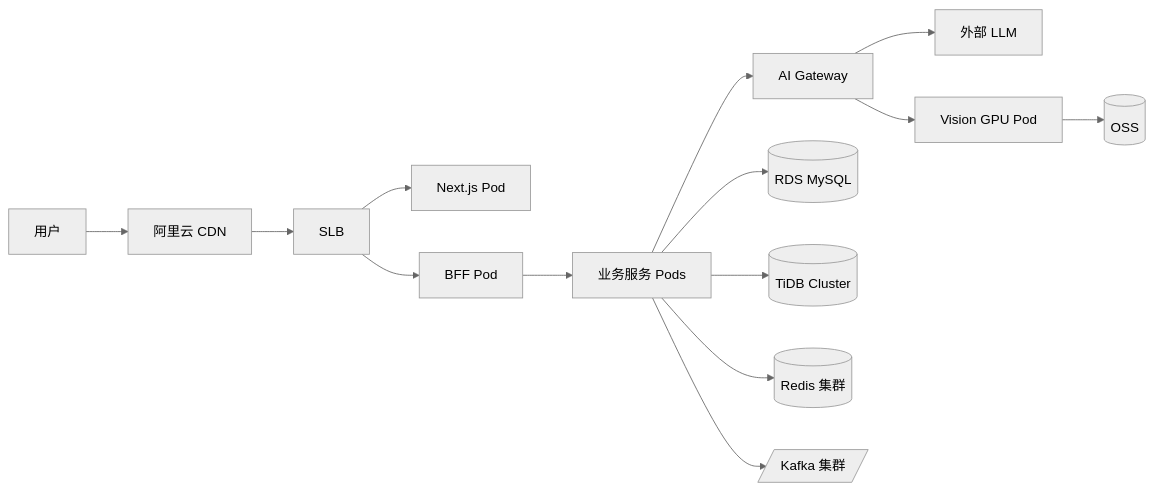
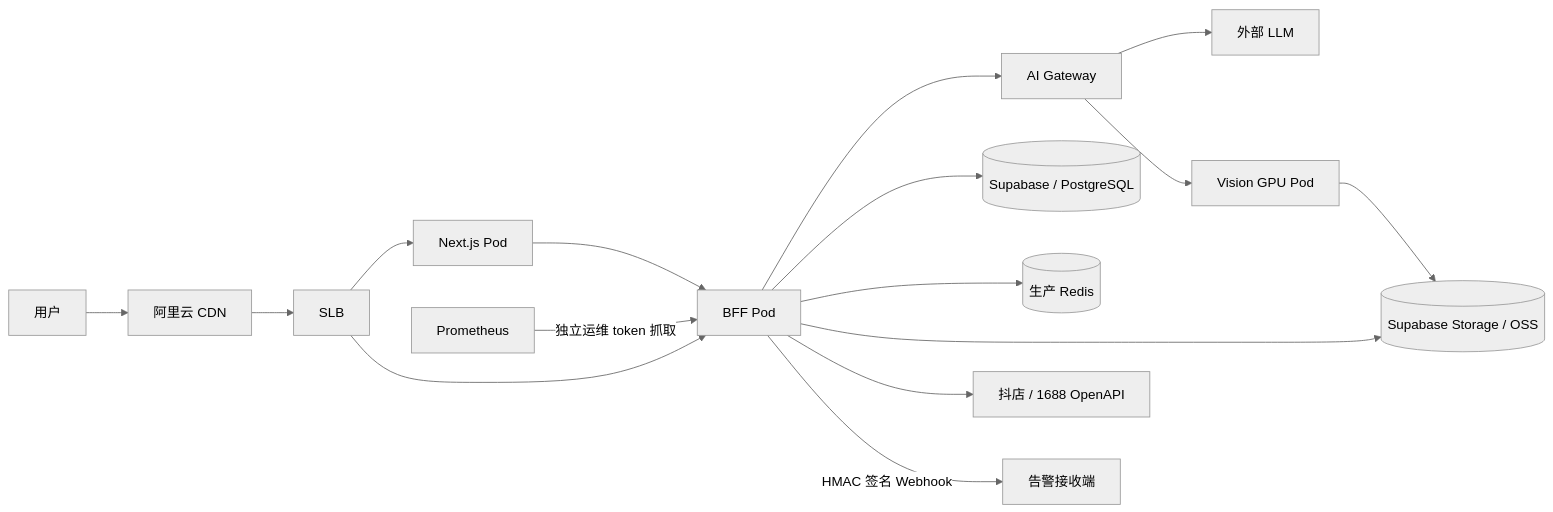
Before and after one commit to harzss/supplier: the second of 2 diagrams in docs/03-architecture.md, drawn with Mermaid (neutral theme). The commit also changed other lines of this file and 344 other files, not shown here.

````diff
--- a/docs/03-architecture.md
+++ b/docs/03-architecture.md
@@ -140,16 +141,18 @@
 ```mermaid
 flowchart LR
     User[用户] --> CDN[阿里云 CDN]
     CDN --> SLB[SLB]
     SLB --> WebPod[Next.js Pod]
     SLB --> BFFPod[BFF Pod]
-    BFFPod --> SvcPod[业务服务 Pods]
-    SvcPod --> AIGateway[AI Gateway]
+    WebPod --> BFFPod
+    BFFPod --> AIGateway[AI Gateway]
     AIGateway --> LLM[外部 LLM]
     AIGateway --> VisionPod[Vision GPU Pod]
-    SvcPod --> RDS[(RDS MySQL)]
-    SvcPod --> TiDB[(TiDB Cluster)]
-    SvcPod --> Redis[(Redis 集群)]
-    SvcPod --> Kafka[/Kafka 集群/]
-    VisionPod --> OSS[(OSS)]
+    BFFPod --> PG[(Supabase / PostgreSQL)]
+    BFFPod --> Redis[(生产 Redis)]
+    BFFPod --> Storage[(Supabase Storage / OSS)]
+    BFFPod --> Platform[抖店 / 1688 OpenAPI]
+    Prometheus[Prometheus] -->|独立运维 token 抓取| BFFPod
+    BFFPod -->|HMAC 签名 Webhook| AlertReceiver[告警接收端]
+    VisionPod --> Storage
 ```
````
